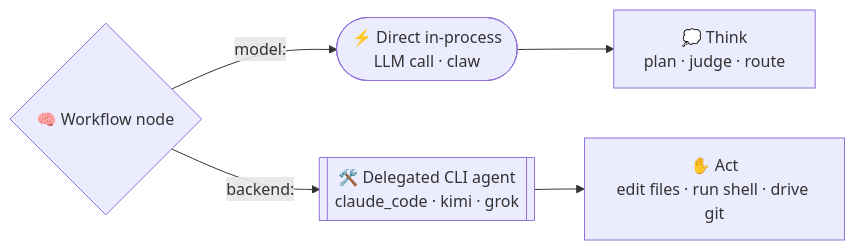
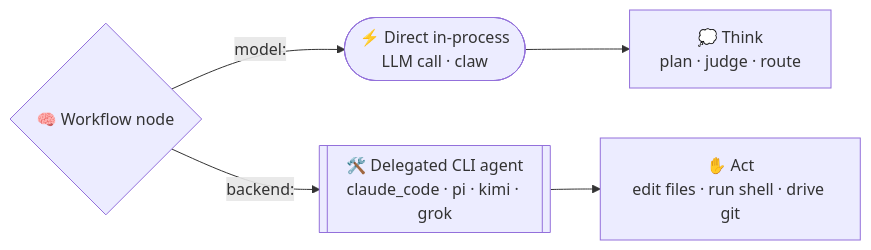
Before and after one commit to SocialGouv/iterion: the diagram in docs/backends.md, drawn with Mermaid. The commit also changed other lines of this file and 20 other files, not shown here.

````diff
--- a/docs/backends.md
+++ b/docs/backends.md
@@ -13,7 +13,7 @@
 ```mermaid
 flowchart LR
   NODE{"🧠 Workflow node"} -->|"model:"| DIRECT(["⚡ Direct in-process<br/>LLM call · claw"])
-  NODE -->|"backend:"| CLI[["🛠️ Delegated CLI agent<br/>claude_code · kimi · grok"]]
+  NODE -->|"backend:"| CLI[["🛠️ Delegated CLI agent<br/>claude_code · pi · kimi · grok"]]
   DIRECT --> THINK["💭 Think<br/>plan · judge · route"]
   CLI --> ACT["✋ Act<br/>edit files · run shell · drive git"]
 ```
````
